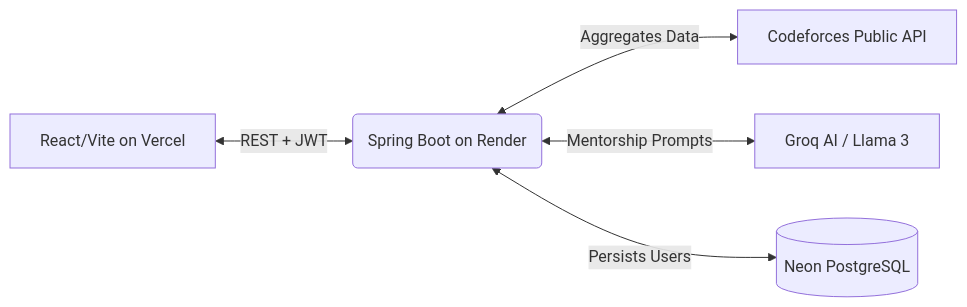
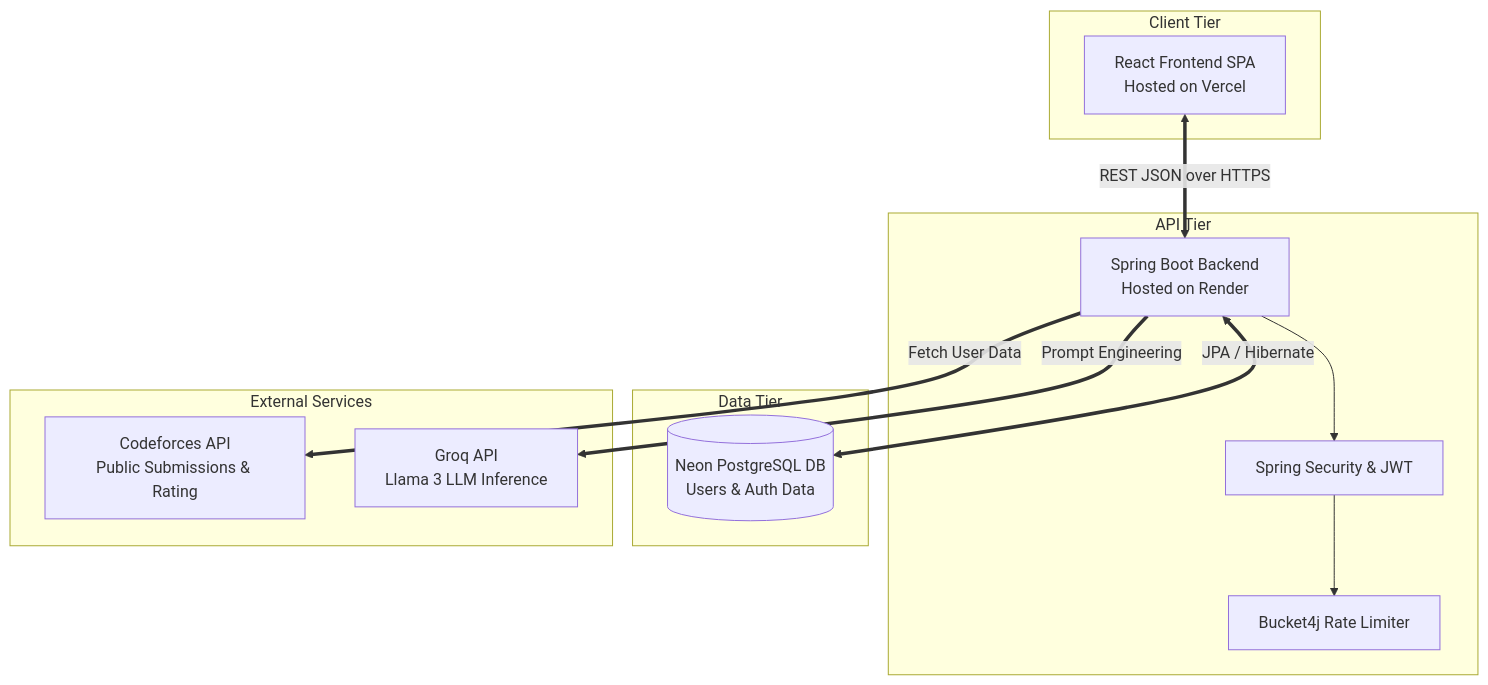
One commit to VSK-777/AIAlgoCoach changed the first of 2 diagrams in README.md. Above: the diagram before and after it, drawn with Mermaid. The commit also changed other lines of this file and 2 other files, not shown here.

Commit message:
docs: Update README files with full capabilities, architecture diagrams, and live demo link

````diff
--- a/README.md
+++ b/README.md
@@ -71,7 +68,29 @@
 ```mermaid
-graph LR
-    A[React/Vite on Vercel] <-->|REST + JWT| B(Spring Boot on Render)
-    B <-->|Aggregates Data| C[Codeforces Public API]
-    B <-->|Mentorship Prompts| D[Groq AI / Llama 3]
-    B <-->|Persists Users| E[(Neon PostgreSQL)]
+graph TD
+    subgraph Client Tier
+        UI[React Frontend SPA<br/>Hosted on Vercel]
+    end
+
+    subgraph API Tier
+        API[Spring Boot Backend<br/>Hosted on Render]
+        Security[Spring Security & JWT]
+        RateLimit[Bucket4j Rate Limiter]
+        
+        API --> Security
+        Security --> RateLimit
+    end
+
+    subgraph Data Tier
+        DB[(Neon PostgreSQL DB<br/>Users & Auth Data)]
+    end
+
+    subgraph External Services
+        CF[Codeforces API<br/>Public Submissions & Rating]
+        AI[Groq API<br/>Llama 3 LLM Inference]
+    end
+
+    UI <==>|REST JSON over HTTPS| API
+    API <==>|JPA / Hibernate| DB
+    API ==>|Fetch User Data| CF
+    API ==>|Prompt Engineering| AI
 ```
````
